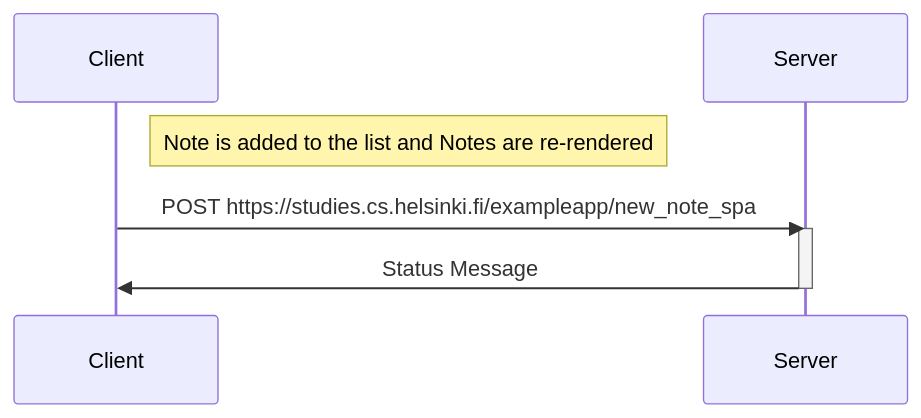
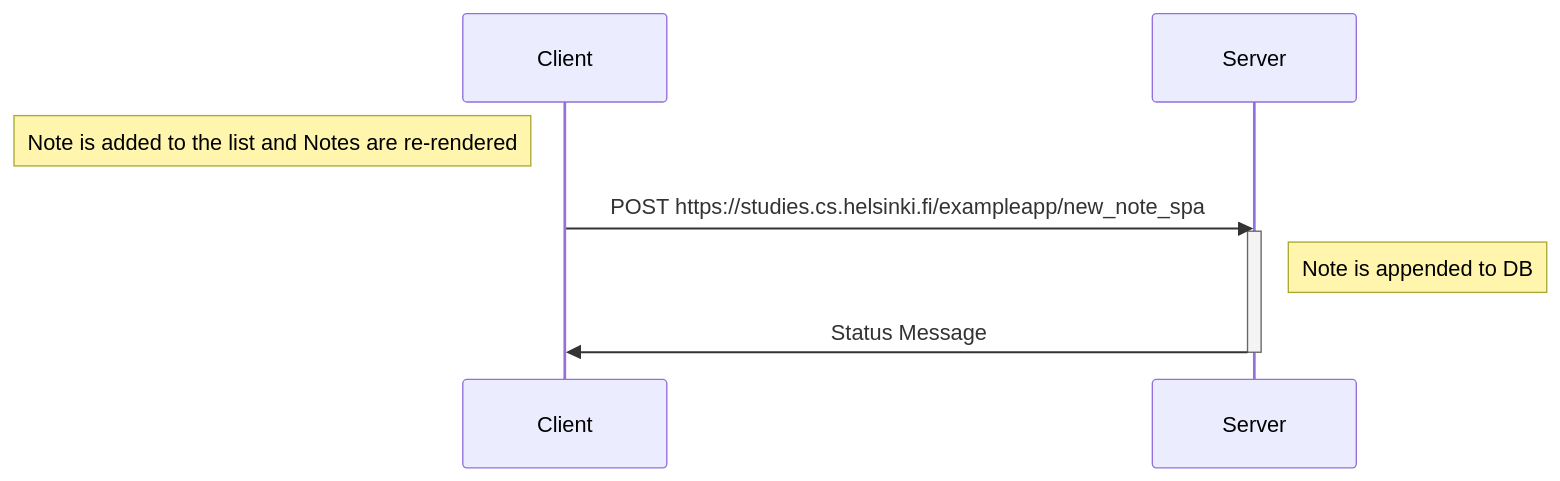
One commit to ArbiterBibendi/FullstackOpen changed the diagram in part0/0.6 New note in Single page app diagram/README.md. Above: the diagram before and after it, drawn with Mermaid.

Commit message:
part0 fix

````diff
--- a/part0/0.6 New note in Single page app diagram/README.md
+++ b/part0/0.6 New note in Single page app diagram/README.md
@@ -1,11 +1,12 @@
 ```mermaid
 sequenceDiagram
     participant Client
     participant Server
 
-    note right of Client: Note is added to the list and Notes are re-rendered
+    note left of Client: Note is added to the list and Notes are re-rendered
     Client->>Server: POST https://studies.cs.helsinki.fi/exampleapp/new_note_spa
     activate Server
+    note right of Server: Note is appended to DB
     Server->>Client: Status Message
     deactivate Server
 ```
````
